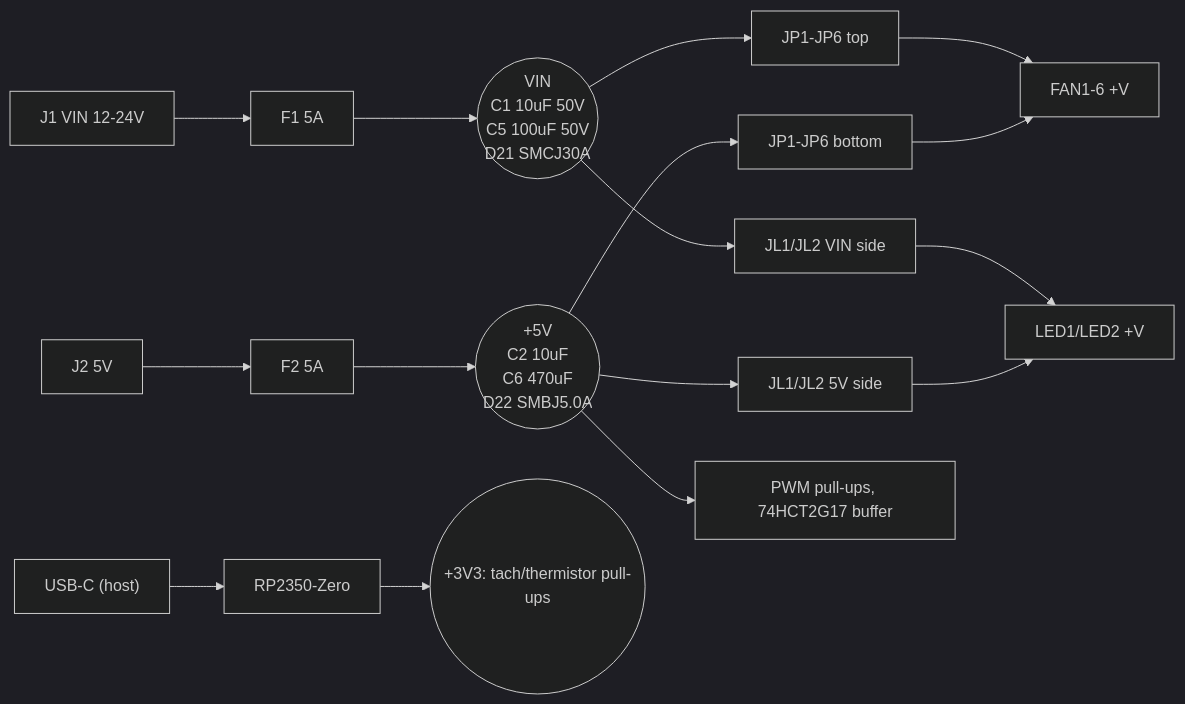
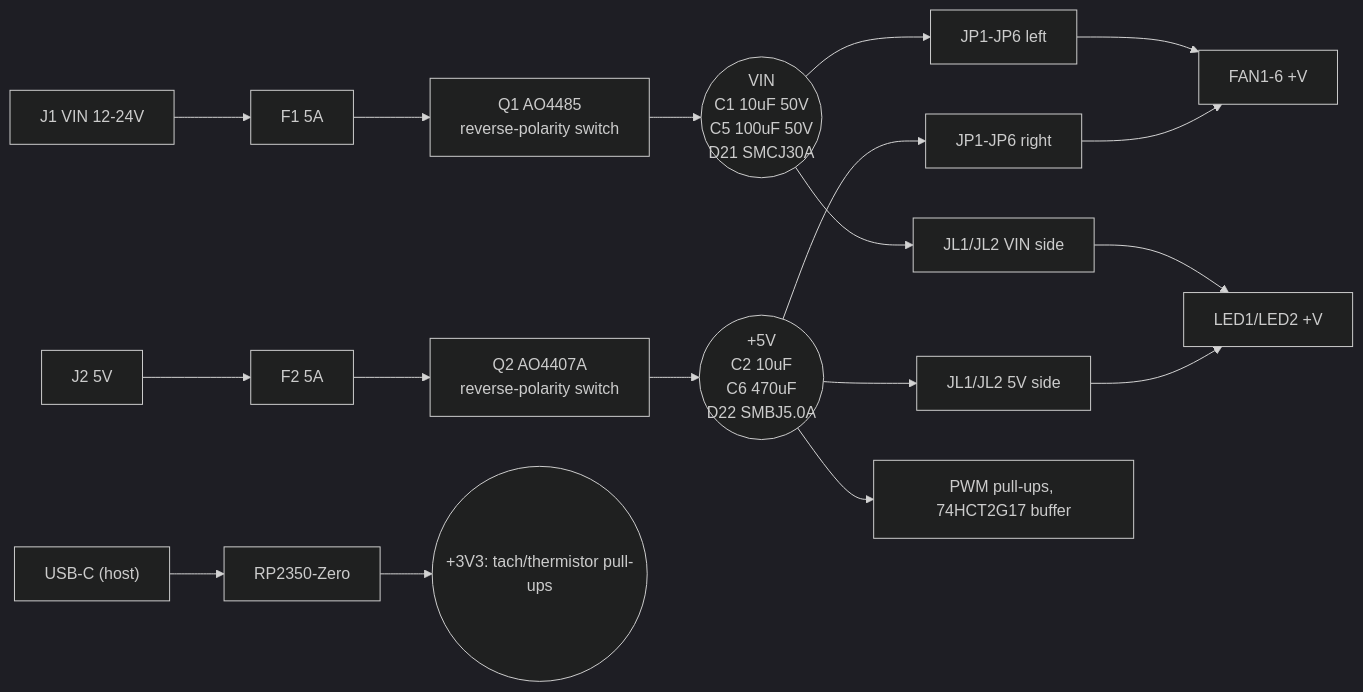
Before and after one commit to mokshmridul/TinyFan2350: the diagram in docs/design-notes.md, drawn with Mermaid (dark theme). The commit also changed other lines of this file and 53 other files, not shown here.

First line of the commit message:
v2.6: 86x52 mm board (-29%), soldered Nano2 fuses, P-FET reverse-polarity protection

````diff
--- a/docs/design-notes.md
+++ b/docs/design-notes.md
@@ -80,13 +88,13 @@
 ```mermaid
 flowchart LR
-  J1["J1 VIN 12-24V"] --> F1["F1 5A"] --> VIN(("VIN<br/>C1 10uF 50V<br/>C5 100uF 50V<br/>D21 SMCJ30A"))
-  J2["J2 5V"] --> F2["F2 5A"] --> V5(("+5V<br/>C2 10uF<br/>C6 470uF<br/>D22 SMBJ5.0A"))
-  VIN --> JP["JP1-JP6 top"]
-  V5 --> JPb["JP1-JP6 bottom"]
+  J1["J1 VIN 12-24V"] --> F1["F1 5A"] --> Q1["Q1 AO4485<br/>reverse-polarity switch"] --> VIN(("VIN<br/>C1 10uF 50V<br/>C5 100uF 50V<br/>D21 SMCJ30A"))
+  J2["J2 5V"] --> F2["F2 5A"] --> Q2["Q2 AO4407A<br/>reverse-polarity switch"] --> V5(("+5V<br/>C2 10uF<br/>C6 470uF<br/>D22 SMBJ5.0A"))
+  VIN --> JP["JP1-JP6 left"]
+  V5 --> JPb["JP1-JP6 right"]
   JP --> FANS["FAN1-6 +V"]
   JPb --> FANS
   VIN --> JL["JL1/JL2 VIN side"] --> LED["LED1/LED2 +V"]
   V5 --> JL5["JL1/JL2 5V side"] --> LED
   V5 --> SHIFT["PWM pull-ups, 74HCT2G17 buffer"]
   USB["USB-C (host)"] --> MCU["RP2350-Zero"] --> V33(("+3V3: tach/thermistor pull-ups"))
 ```
````
